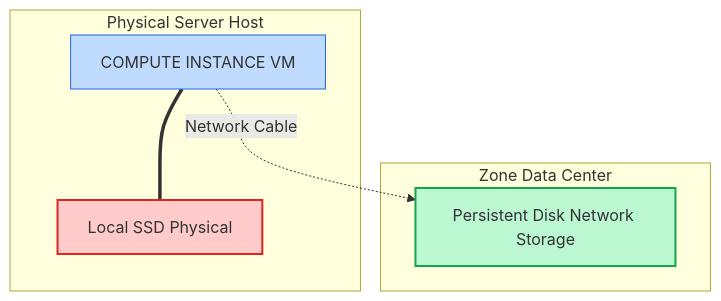
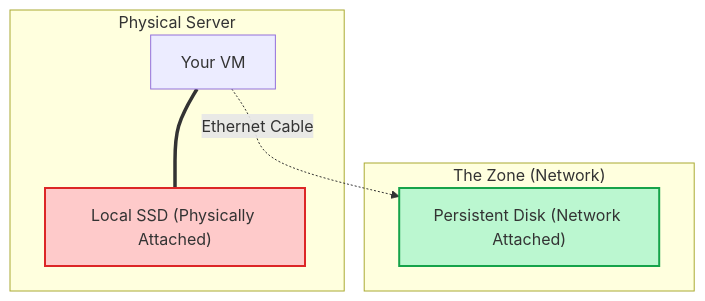
Before and after one commit to jyothivempa/gcp-study-plan: the second of 2 diagrams in curriculum/content/section_5_storage_basics.md, drawn with Mermaid. The commit also changed other lines of this file and 6 other files, not shown here.

````diff
--- a/curriculum/content/section_5_storage_basics.md
+++ b/curriculum/content/section_5_storage_basics.md
@@ -14,18 +45,17 @@
 ```mermaid
 graph TD
-    subgraph Host ["Physical Server Host"]
-        VM["COMPUTE INSTANCE VM"]
-        SSD["Local SSD Physical"]
-        VM === SSD
+    subgraph Host ["Physical Server"]
+        VM["Your VM"]
+        LSSD["Local SSD (Physically Attached)"]
+        VM === LSSD
     end
-
-    subgraph Zone ["Zone Data Center"]
-        PD["Persistent Disk Network Storage"]
+    
+    subgraph Network ["The Zone (Network)"]
+        PD["Persistent Disk (Network Attached)"]
     end
-
-    VM -.->|Network Cable| PD
-
-    style SSD fill:#fecaca,stroke:#dc2626,stroke-width:2px
+    
+    VM -.->|Ethernet Cable| PD
+    
+    style LSSD fill:#fecaca,stroke:#dc2626,stroke-width:2px
     style PD fill:#bbf7d0,stroke:#16a34a,stroke-width:2px
-    style VM fill:#bfdbfe,stroke:#2563eb
 ```
````
